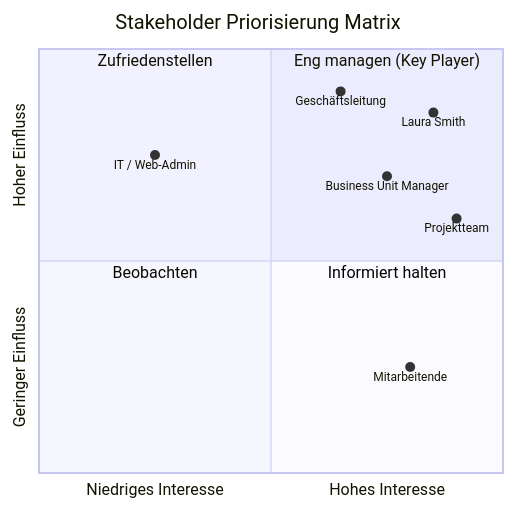
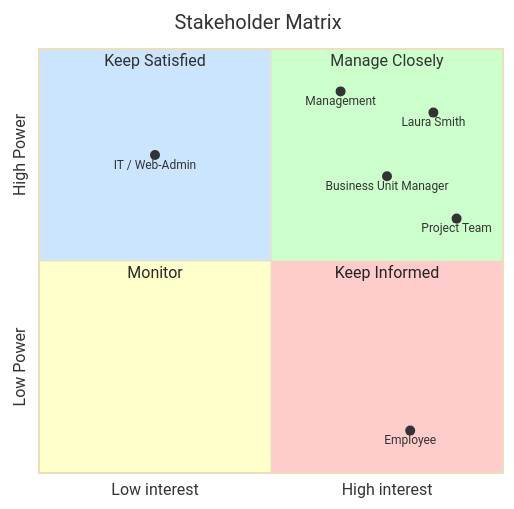
The first of 2 diagrams in docs/project_charta.qmd (podsv-fs26-ad24/ad24-10-fancyproject), drawn with Mermaid before and after one commit. The commit also changed 4 other files, not shown here.

````diff
--- a/docs/project_charta.qmd
+++ b/docs/project_charta.qmd
@@ -60,18 +60,19 @@
 ```{mermaid}
-%%{init: {"quadrantChart": {"quadrant1Fill": "#ccffcc", "quadrant2Fill": "#cce5ff", "quadrant3Fill": "#ffffcc", "quadrant4Fill": "#ffcccc"}}}%%
+%%{init: {"theme": "base", "themeVariables": {"quadrant1Fill": "#ccffcc", "quadrant2Fill": "#cce5ff", "quadrant3Fill": "#ffffcc", "quadrant4Fill": "#ffcccc"}}}%%
 quadrantChart
-    title Stakeholder Priorisierung Matrix
-    x-axis "Niedriges Interesse" --> "Hohes Interesse"
-    y-axis "Geringer Einfluss" --> "Hoher Einfluss"
-    quadrant-1 "Eng managen (Key Player)"
-    quadrant-2 "Zufriedenstellen"
-    quadrant-3 "Beobachten"
-    quadrant-4 "Informiert halten"
+    title Stakeholder Matrix
+    x-axis "Low interest" --> "High interest"
+    y-axis "Low Power" --> "High Power"
+    quadrant-1 "Manage Closely"
+    quadrant-2 "Keep Satisfied"
+    quadrant-3 "Monitor"
+    quadrant-4 "Keep Informed"
     
     "Laura Smith": [0.85, 0.85]
-    "Geschäftsleitung": [0.65, 0.90]
+    "Management": [0.65, 0.90]
     "Business Unit Manager": [0.75, 0.70]
-    "Projektteam": [0.90, 0.60]
+    "Project Team": [0.90, 0.60]
     "IT / Web-Admin": [0.25, 0.75]
-    "Mitarbeitende": [0.80, 0.25]
+    "Employee": [0.80, 0.10]
+
 ```
````
